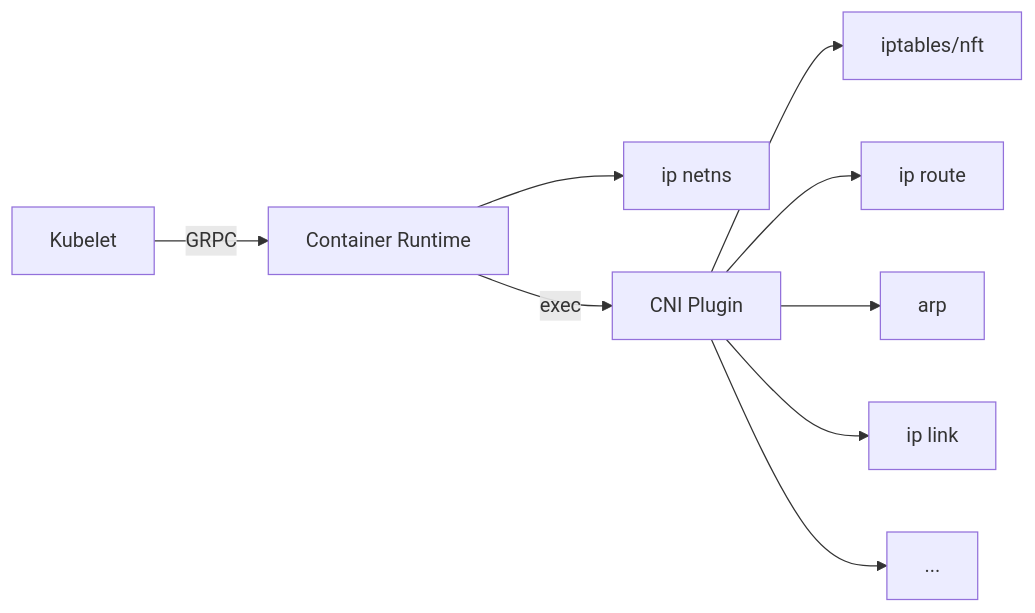
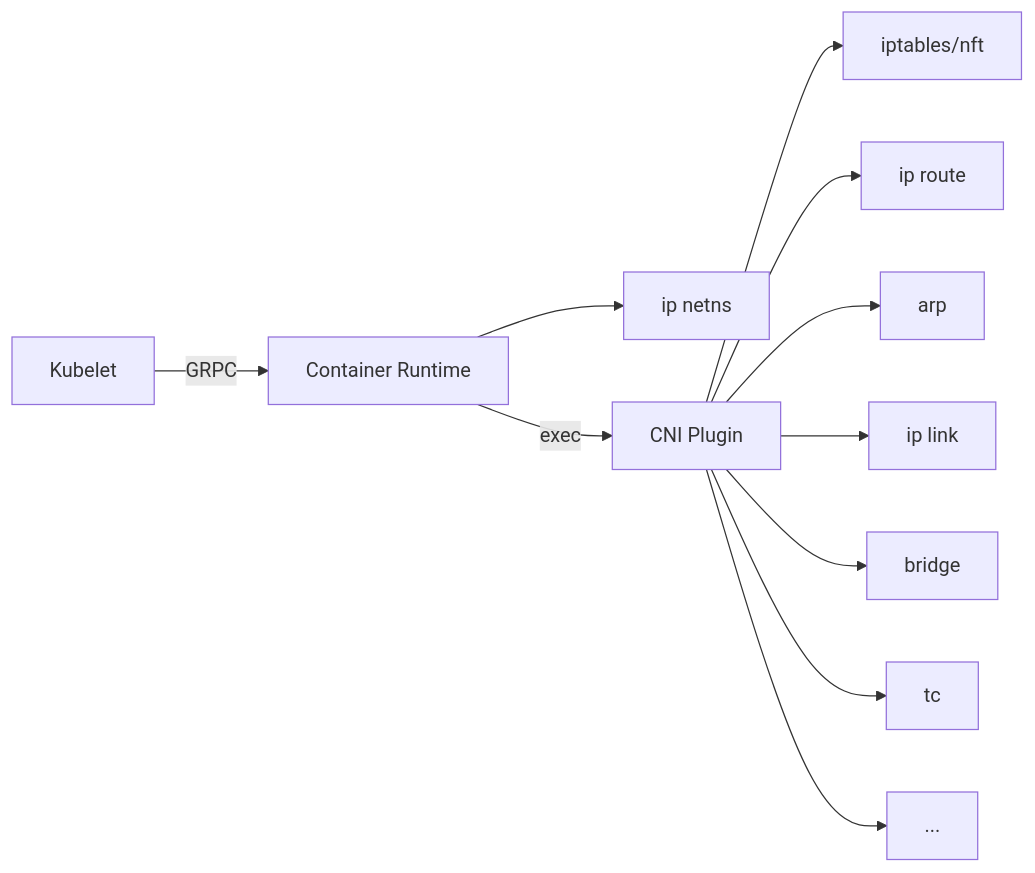
Before and after one commit to tdihp/myakshack: the diagram in mncni/README.md, drawn with Mermaid. The commit also changed other lines of this file, not shown here.

````diff
--- a/mncni/README.md
+++ b/mncni/README.md
@@ -50,12 +50,14 @@
 ```mermaid
 flowchart LR
 
 Kubelet -->|GRPC| CRT[Container Runtime]
 CRT --> netns[ip netns]
 CRT -->|exec| CNI[CNI Plugin]
 CNI --> ipt[iptables/nft]
 CNI --> route[ip route]
 CNI --> arp
 CNI --> link[ip link]
+CNI --> bridge
+CNI --> tc
 CNI --> ...
 ```
````
